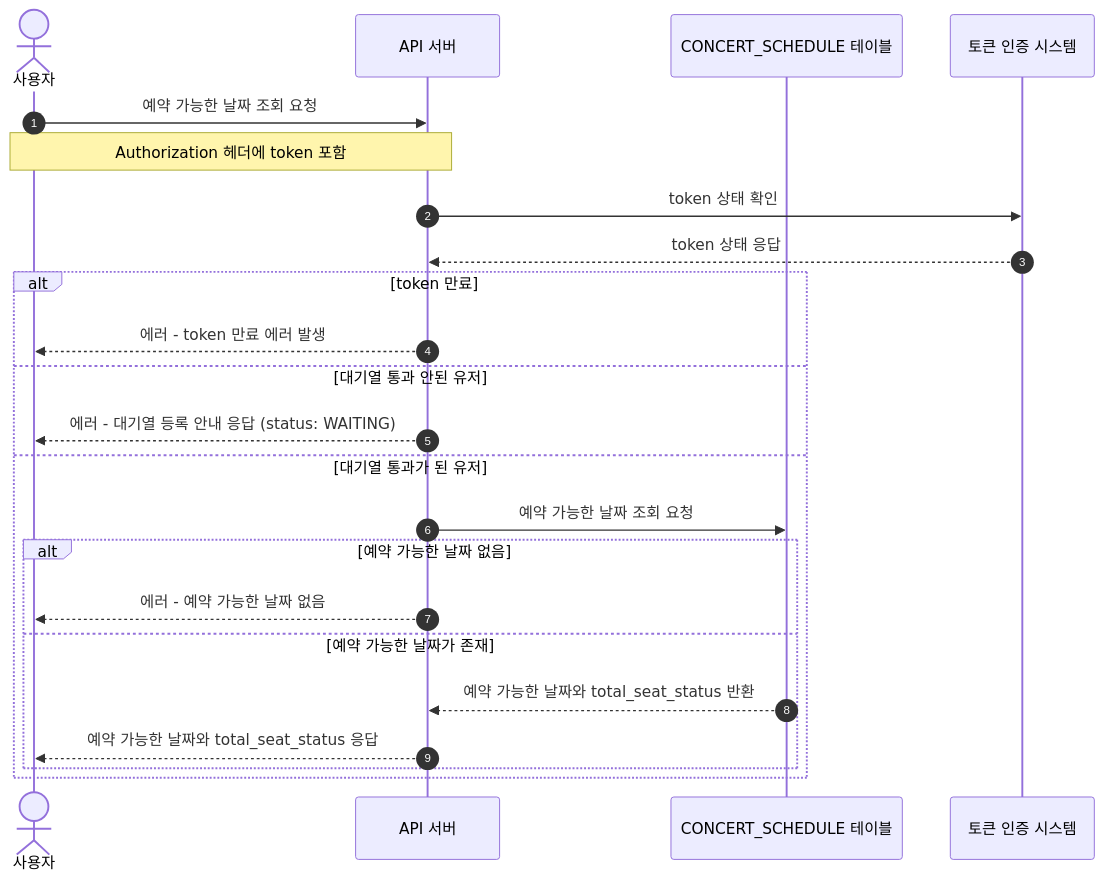
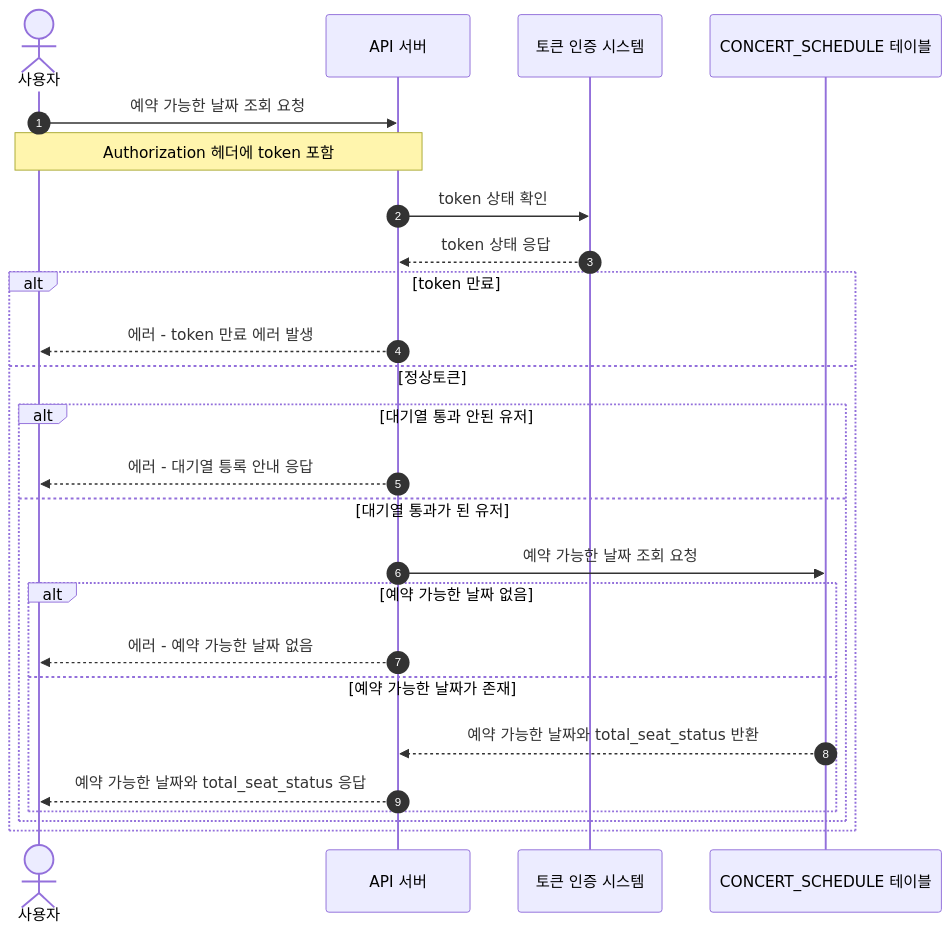
One commit to Cheondongmin/concert-java changed the third of 8 diagrams in docs/sequence.md. Above: the diagram before and after it, drawn with Mermaid. The commit also changed other lines of this file, not shown here.

Commit message:
fix: 시퀀스 수정

````diff
--- a/docs/sequence.md
+++ b/docs/sequence.md
@@ -56,25 +56,27 @@
 ```mermaid
 sequenceDiagram
     autonumber
     actor 사용자 as 사용자
     participant API as API 서버
+    participant AUTH as 토큰 인증 시스템
     participant CONCERT_SCHEDULE as CONCERT_SCHEDULE 테이블
-    participant AUTH as 토큰 인증 시스템
     사용자 ->> API: 예약 가능한 날짜 조회 요청
     Note over 사용자, API: Authorization 헤더에 token 포함
     API ->> AUTH: token 상태 확인
     AUTH -->> API: token 상태 응답
     alt token 만료
         API -->> 사용자: 에러 - token 만료 에러 발생
-    else 대기열 통과 안된 유저
-        API -->> 사용자: 에러 - 대기열 등록 안내 응답 (status: WAITING)
-    else 대기열 통과가 된 유저
-        API ->> CONCERT_SCHEDULE: 예약 가능한 날짜 조회 요청
-        alt 예약 가능한 날짜 없음
-            API -->> 사용자: 에러 - 예약 가능한 날짜 없음
-        else 예약 가능한 날짜가 존재
-            CONCERT_SCHEDULE -->> API: 예약 가능한 날짜와 total_seat_status 반환
-            API -->> 사용자: 예약 가능한 날짜와 total_seat_status 응답
+    else 정상토큰
+        alt 대기열 통과 안된 유저
+        API -->> 사용자: 에러 - 대기열 틍록 안내 응답
+        else 대기열 통과가 된 유저
+            API ->> CONCERT_SCHEDULE: 예약 가능한 날짜 조회 요청
+            alt 예약 가능한 날짜 없음
+                API -->> 사용자: 에러 - 예약 가능한 날짜 없음
+            else 예약 가능한 날짜가 존재
+                CONCERT_SCHEDULE -->> API: 예약 가능한 날짜와 total_seat_status 반환
+                API -->> 사용자: 예약 가능한 날짜와 total_seat_status 응답
+            end
         end
     end
 ```
````
